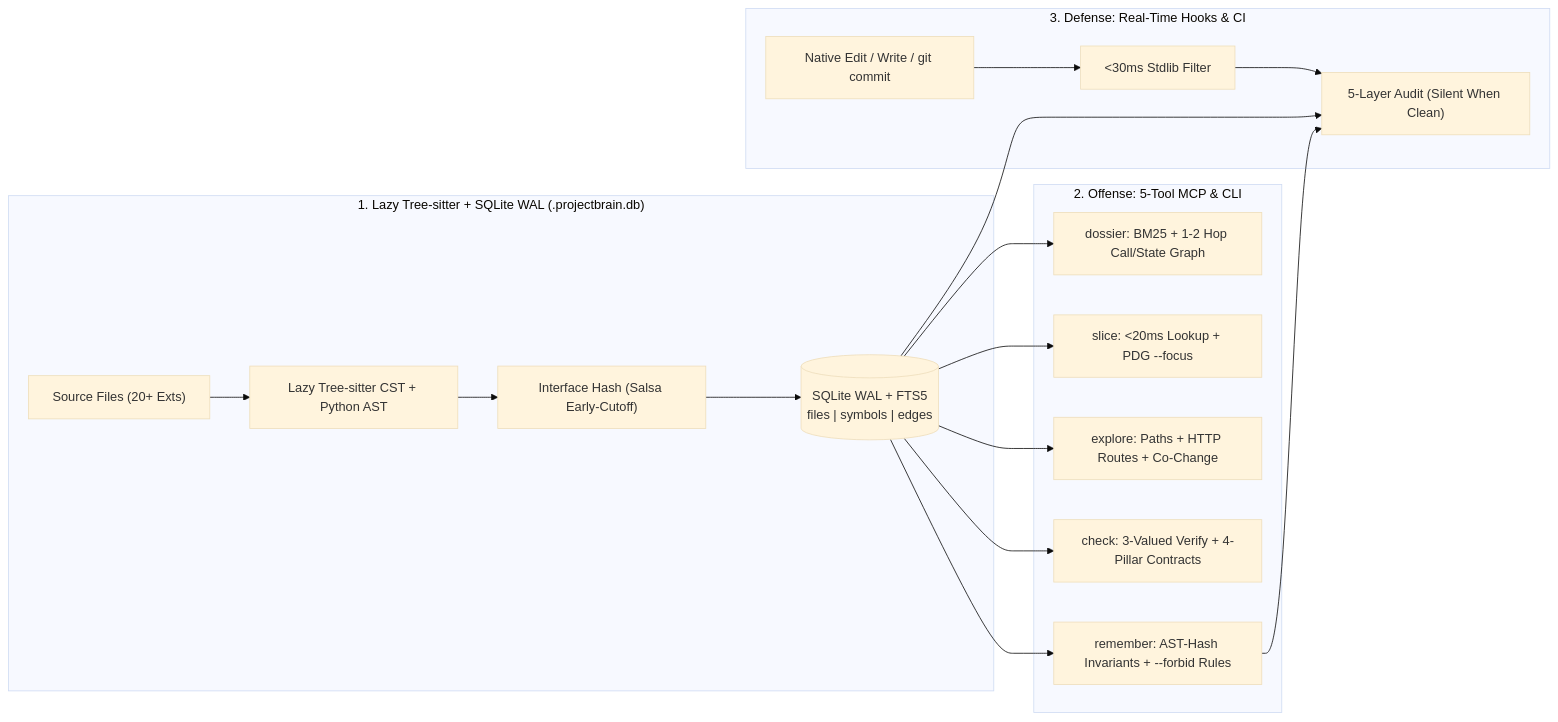
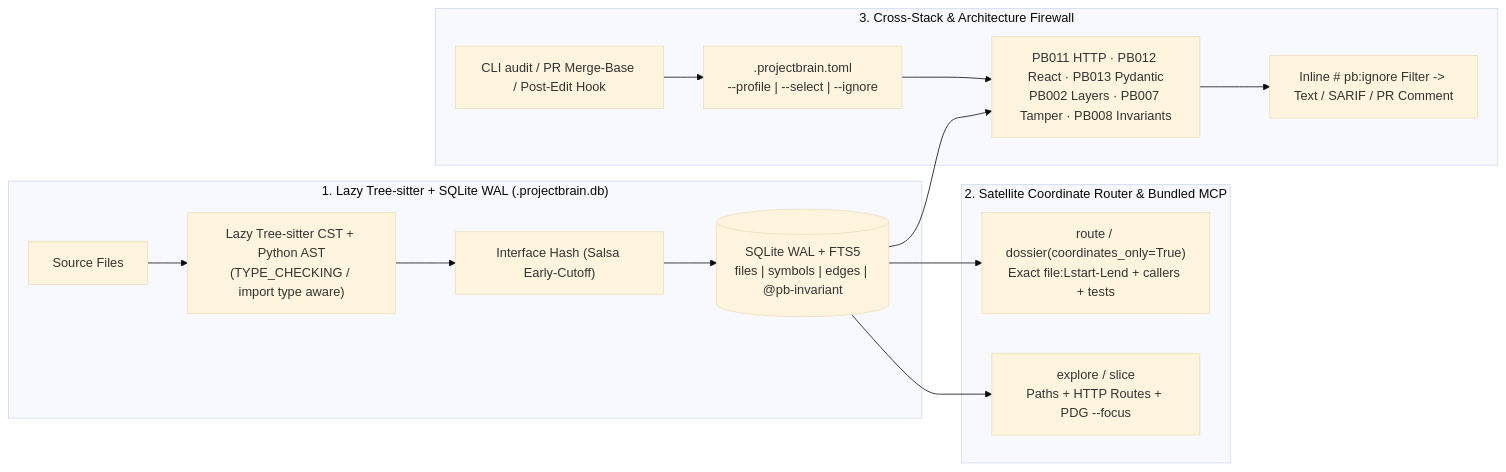
The diagram in README.md (Johanabhishek/ProjectBrain), drawn with Mermaid (base theme) before and after one commit. The commit also changed other lines of this file and 25 other files, not shown here.

Commit message:
Release v1.4.0: Zero-write audit, .projectbrain.toml, satellite router, inline invariants, and wild-audit PB011/PB013 precision hardening

````diff
--- a/README.md
+++ b/README.md
@@ -141,21 +164,18 @@
 ```mermaid
 flowchart LR
     subgraph Indexer["1. Lazy Tree-sitter + SQLite WAL (.projectbrain.db)"]
-        A["Source Files (20+ Exts)"] --> B["Lazy Tree-sitter CST + Python AST"]
+        A["Source Files"] --> B["Lazy Tree-sitter CST + Python AST\n(TYPE_CHECKING / import type aware)"]
         B --> C["Interface Hash (Salsa Early-Cutoff)"]
-        C --> D[("SQLite WAL + FTS5\nfiles | symbols | edges")]
+        C --> D[("SQLite WAL + FTS5\nfiles | symbols | edges | @pb-invariant")]
     end
-    subgraph Offense["2. Offense: 5-Tool MCP & CLI"]
-        D --> DO["dossier: BM25 + 1-2 Hop Call/State Graph"]
-        D --> S["slice: <20ms Lookup + PDG --focus"]
-        D --> EX["explore: Paths + HTTP Routes + Co-Change"]
-        D --> CH["check: 3-Valued Verify + 4-Pillar Contracts"]
-        D --> RM["remember: AST-Hash Invariants + --forbid Rules"]
+    subgraph Satellite["2. Satellite Coordinate Router & Bundled MCP"]
+        D --> RT["route / dossier(coordinates_only=True)\nExact file:Lstart-Lend + callers + tests"]
+        D --> EX["explore / slice\nPaths + HTTP Routes + PDG --focus"]
     end
-    subgraph Defense["3. Defense: Real-Time Hooks & CI"]
-        E["Native Edit / Write / git commit"] --> F["<30ms Stdlib Filter"]
-        F --> G["5-Layer Audit (Silent When Clean)"]
-        D --> G
-        RM --> G
+    subgraph Firewall["3. Cross-Stack & Architecture Firewall"]
+        E["CLI audit / PR Merge-Base / Post-Edit Hook"] --> CFG[".projectbrain.toml\n--profile | --select | --ignore"]
+        CFG --> CHK["PB011 HTTP · PB012 React · PB013 Pydantic\nPB002 Layers · PB007 Tamper · PB008 Invariants"]
+        D --> CHK
+        CHK --> SUP["Inline # pb:ignore Filter -> Text / SARIF / PR Comment"]
     end
 ```
````
